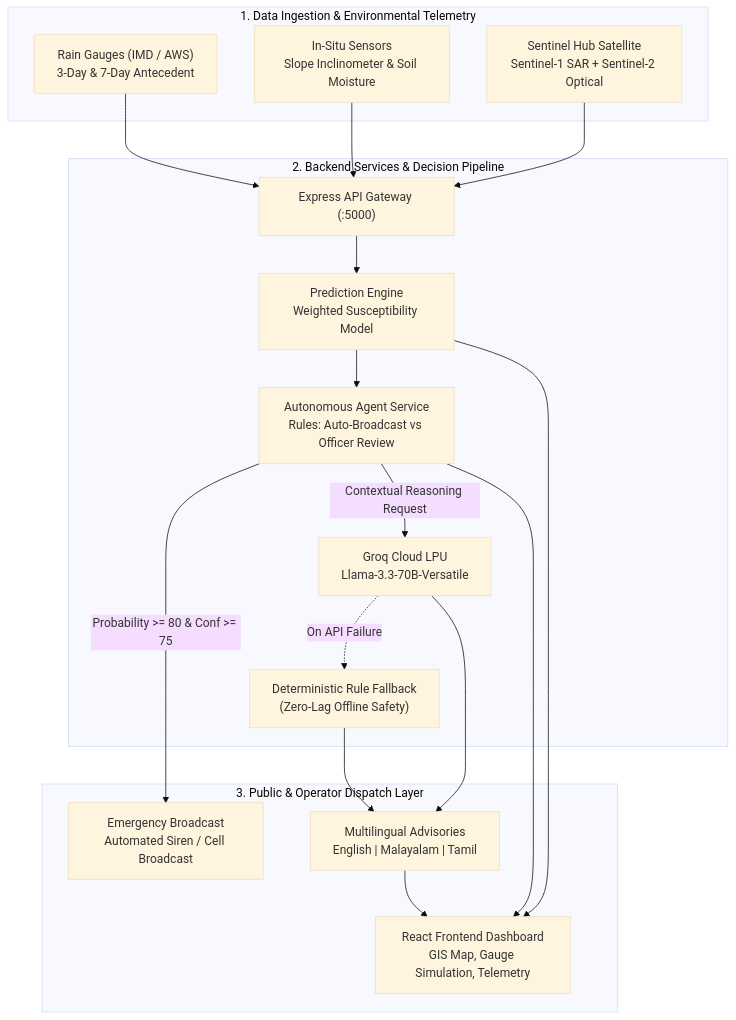
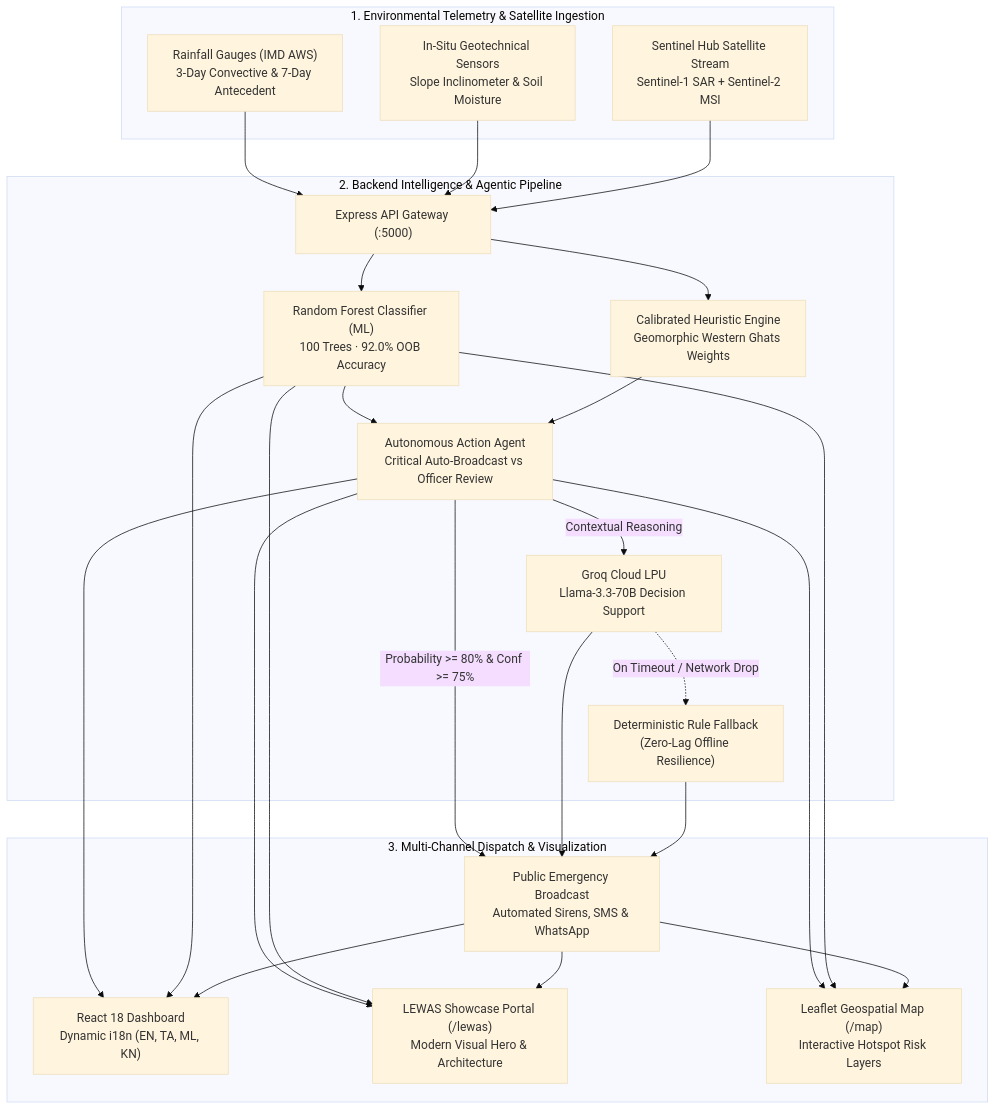
The diagram in OVERALL_REVIEW.md (pandeeswaran-08/LEWAS-), drawn with Mermaid (base theme) before and after one commit. The commit also changed other lines of this file, not shown here.

Commit message:
docs: update OVERALL_REVIEW.md with v1.2.0 features, 4-language i18n, and LEWAS portal

````diff
--- a/OVERALL_REVIEW.md
+++ b/OVERALL_REVIEW.md
@@ -60,31 +88,33 @@
 ```mermaid
 flowchart TD
-    subgraph Ingestion ["1. Data Ingestion & Environmental Telemetry"]
-        S1["Rain Gauges (IMD / AWS)<br/>3-Day & 7-Day Antecedent"]
-        S2["In-Situ Sensors<br/>Slope Inclinometer & Soil Moisture"]
-        S3["Sentinel Hub Satellite<br/>Sentinel-1 SAR + Sentinel-2 Optical"]
+    subgraph Telemetry ["1. Environmental Telemetry & Satellite Ingestion"]
+        S1["Rainfall Gauges (IMD AWS)<br/>3-Day Convective & 7-Day Antecedent"]
+        S2["In-Situ Geotechnical Sensors<br/>Slope Inclinometer & Soil Moisture"]
+        S3["Sentinel Hub Satellite Stream<br/>Sentinel-1 SAR + Sentinel-2 MSI"]
     end
 
-    subgraph BackendEngine ["2. Backend Services & Decision Pipeline"]
+    subgraph BackendCore ["2. Backend Intelligence & Agentic Pipeline"]
         API["Express API Gateway (:5000)"]
-        PredSvc["Prediction Engine<br/>Weighted Susceptibility Model"]
-        Agent["Autonomous Agent Service<br/>Rules: Auto-Broadcast vs Officer Review"]
-        Groq["Groq Cloud LPU<br/>Llama-3.3-70B-Versatile"]
-        Fallback["Deterministic Rule Fallback<br/>(Zero-Lag Offline Safety)"]
+        RF["Random Forest Classifier (ML)<br/>100 Trees · 92.0% OOB Accuracy"]
+        Heuristic["Calibrated Heuristic Engine<br/>Geomorphic Western Ghats Weights"]
+        Agent["Autonomous Action Agent<br/>Critical Auto-Broadcast vs Officer Review"]
+        Groq["Groq Cloud LPU<br/>Llama-3.3-70B Decision Support"]
+        Fallback["Deterministic Rule Fallback<br/>(Zero-Lag Offline Resilience)"]
     end
 
-    subgraph OutputLayer ["3. Public & Operator Dispatch Layer"]
-        UI["React Frontend Dashboard<br/>GIS Map, Gauge Simulation, Telemetry"]
-        Siren["Emergency Broadcast<br/>Automated Siren / Cell Broadcast"]
-        SMS["Multilingual Advisories<br/>English | Malayalam | Tamil"]
+    subgraph Presentation ["3. Multi-Channel Dispatch & Visualization"]
+        UI["React 18 Dashboard<br/>Dynamic i18n (EN, TA, ML, KN)"]
+        Landing["LEWAS Showcase Portal (/lewas)<br/>Modern Visual Hero & Architecture"]
+        GIS["Leaflet Geospatial Map (/map)<br/>Interactive Hotspot Risk Layers"]
+        Dispatches["Public Emergency Broadcast<br/>Automated Sirens, SMS & WhatsApp"]
     end
 
     S1 & S2 & S3 --> API
-    API --> PredSvc
-    PredSvc --> Agent
-    Agent -->|Probability >= 80 & Conf >= 75| Siren
-    Agent -->|Contextual Reasoning Request| Groq
-    Groq -.->|On API Failure| Fallback
-    Groq & Fallback --> SMS
-    Agent & PredSvc & SMS --> UI
+    API --> RF & Heuristic
+    RF & Heuristic --> Agent
+    Agent -->|Probability >= 80% & Conf >= 75%| Dispatches
+    Agent -->|Contextual Reasoning| Groq
+    Groq -.->|On Timeout / Network Drop| Fallback
+    Groq & Fallback --> Dispatches
+    Agent & RF & Dispatches --> UI & GIS & Landing
 ```
````
